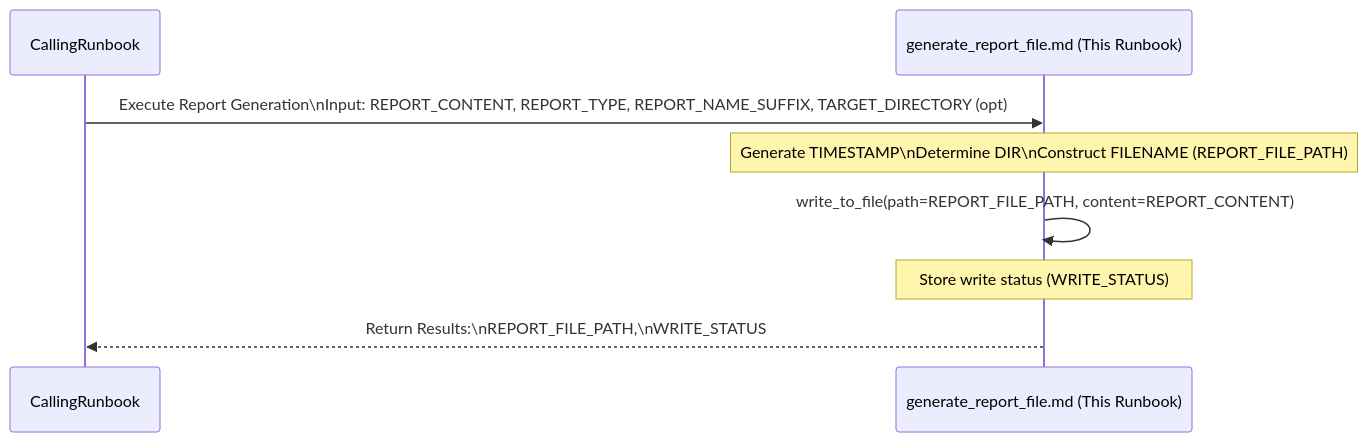
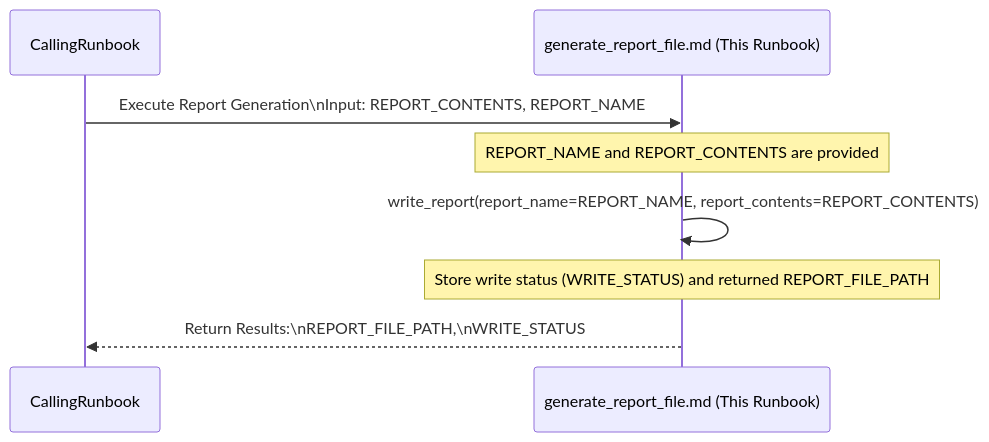
One commit to dandye/adk_runbooks changed the diagram in rules-bank/run_books/common_steps/generate_report_file.md. Above: the diagram before and after it, drawn with Mermaid. The commit also changed other lines of this file and 18 other files, not shown here.

Commit message:
write_to_file -> write_report

````diff
--- a/rules-bank/run_books/common_steps/generate_report_file.md
+++ b/rules-bank/run_books/common_steps/generate_report_file.md
@@ -37,18 +34,18 @@
 ```{mermaid}
 sequenceDiagram
     participant CallingRunbook
     participant GenerateReportFile as generate_report_file.md (This Runbook)
 
-    CallingRunbook->>GenerateReportFile: Execute Report Generation\nInput: REPORT_CONTENT, REPORT_TYPE, REPORT_NAME_SUFFIX, TARGET_DIRECTORY (opt)
+    CallingRunbook->>GenerateReportFile: Execute Report Generation\nInput: REPORT_CONTENTS, REPORT_NAME
 
-    %% Step 2: Construct Filename
-    Note over GenerateReportFile: Generate TIMESTAMP\nDetermine DIR\nConstruct FILENAME (REPORT_FILE_PATH)
+    %% Step 2: Prepare Report Details
+    Note over GenerateReportFile: REPORT_NAME and REPORT_CONTENTS are provided
 
-    %% Step 3: Write File
-    GenerateReportFile->>GenerateReportFile: write_to_file(path=REPORT_FILE_PATH, content=REPORT_CONTENT)
-    Note over GenerateReportFile: Store write status (WRITE_STATUS)
+    %% Step 3: Write Report
+    GenerateReportFile->>GenerateReportFile: write_report(report_name=REPORT_NAME, report_contents=REPORT_CONTENTS)
+    Note over GenerateReportFile: Store write status (WRITE_STATUS) and returned REPORT_FILE_PATH
 
     %% Step 4: Return Status
     GenerateReportFile-->>CallingRunbook: Return Results:\nREPORT_FILE_PATH,\nWRITE_STATUS
 
 ```
````
